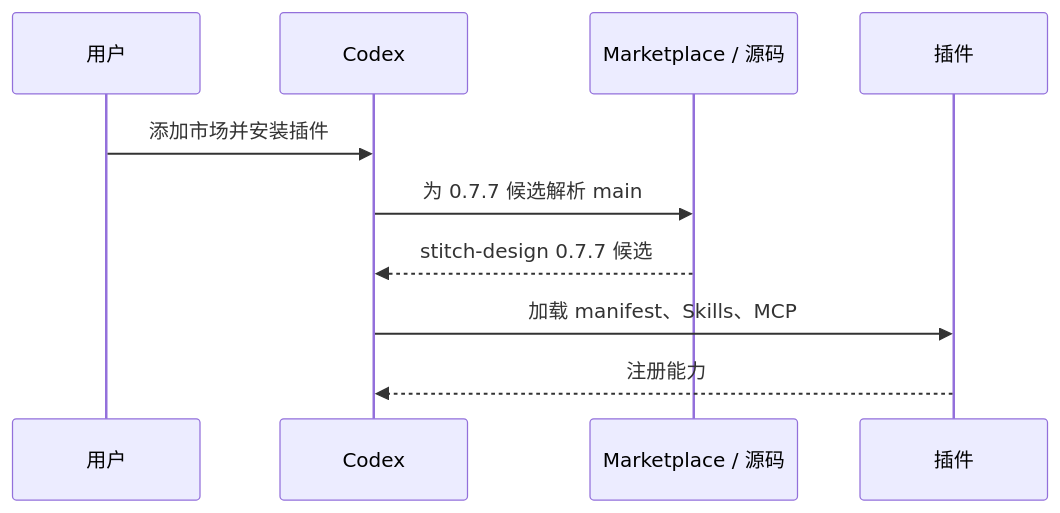
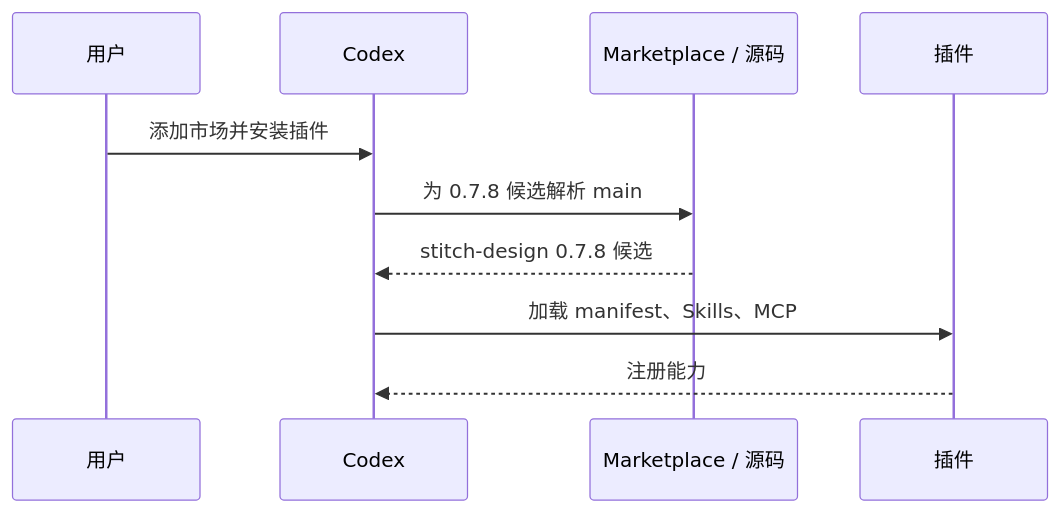
The seventh of 11 diagrams in docs/Stitch-Design-Architecture.zh_CN.md (full-stack-plugins/stitch-design-plugin), drawn with Mermaid before and after one commit. The commit also changed other lines of this file and 14 other files, not shown here.

````diff
--- a/docs/Stitch-Design-Architecture.zh_CN.md
+++ b/docs/Stitch-Design-Architecture.zh_CN.md
@@ -173,12 +173,12 @@
 ```mermaid
 sequenceDiagram
     participant U as 用户
     participant C as Codex
     participant M as Marketplace / 源码
     participant P as 插件
     U->>C: 添加市场并安装插件
-    C->>M: 为 0.7.7 候选解析 main
-    M-->>C: stitch-design 0.7.7 候选
+    C->>M: 为 0.7.8 候选解析 main
+    M-->>C: stitch-design 0.7.8 候选
     C->>P: 加载 manifest、Skills、MCP
     P-->>C: 注册能力
 ```
````
